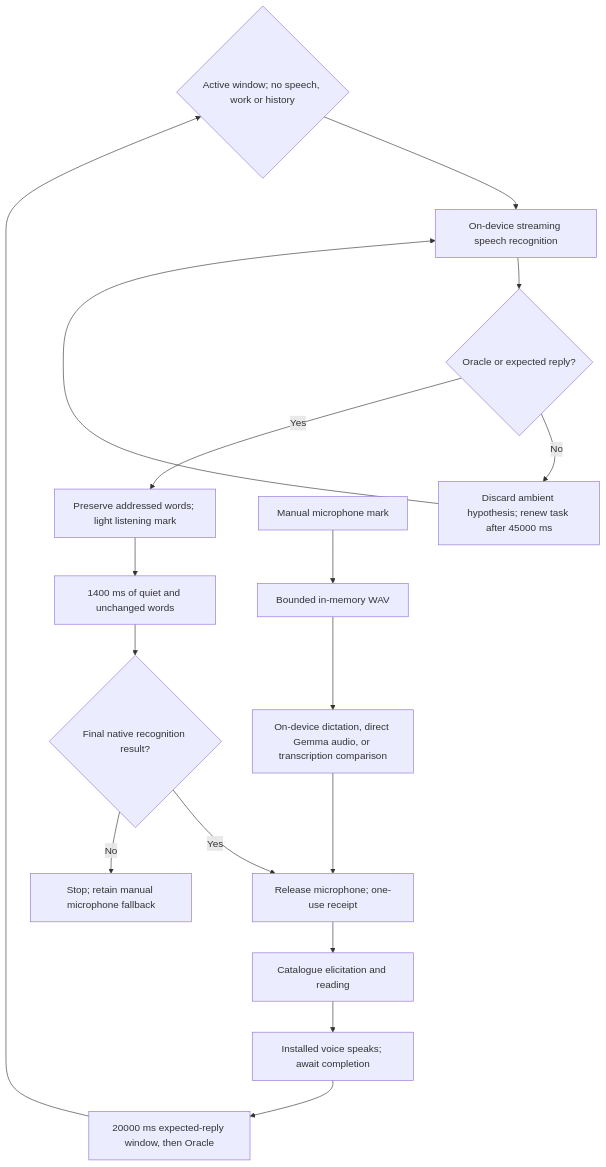
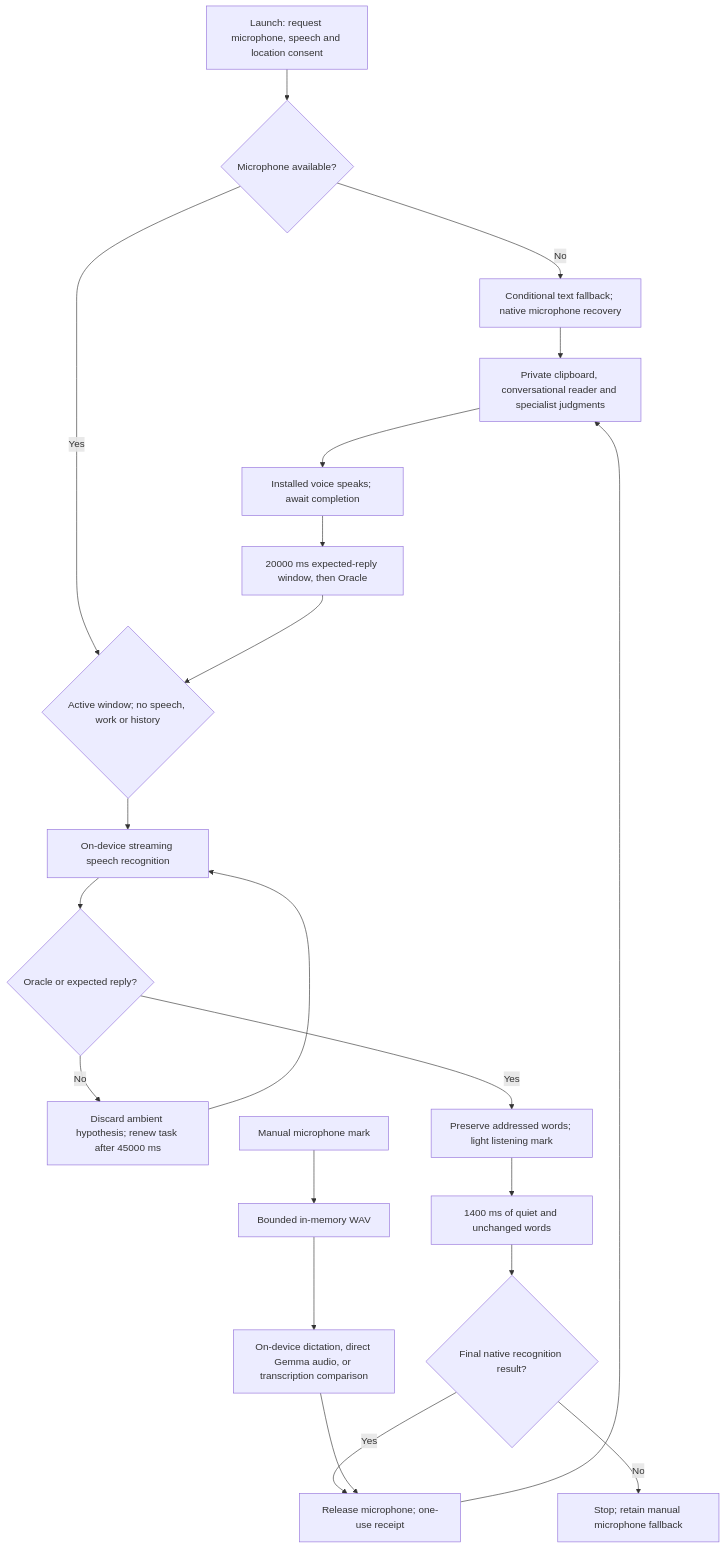
The second of 5 diagrams in docs/LLM_PROCESS.md (delysis/horary-web), drawn with Mermaid before and after one commit. The commit also changed other lines of this file and 32 other files, not shown here.

Commit message:
Let the reader converse with a native fact record and upfront permissions

````diff
--- a/docs/LLM_PROCESS.md
+++ b/docs/LLM_PROCESS.md
@@ -51,19 +51,23 @@
 ```mermaid
 flowchart TB
-  focus{"Active window; no speech, work or history"} --> wake["On-device streaming speech recognition"]
+  launch["Launch: request microphone, speech and location consent"] --> access{"Microphone available?"}
+  access -->|No| writing["Conditional text fallback; native microphone recovery"]
+  writing --> reading
+  access -->|Yes| focus{"Active window; no speech, work or history"}
+  focus --> wake["On-device streaming speech recognition"]
   wake --> addressed{"Oracle or expected reply?"}
   addressed -->|No| discard["Discard ambient hypothesis; renew task after 45000 ms"]
   discard --> wake
   addressed -->|Yes| words["Preserve addressed words; light listening mark"]
   words --> pause["1400 ms of quiet and unchanged words"]
   pause --> final{"Final native recognition result?"}
   final -->|Yes| receipt["Release microphone; one-use receipt"]
   final -->|No| fallback["Stop; retain manual microphone fallback"]
-  receipt --> reading["Catalogue elicitation and reading"]
+  receipt --> reading["Private clipboard, conversational reader and specialist judgments"]
   reading --> reply["Installed voice speaks; await completion"]
   reply --> expected["20000 ms expected-reply window, then Oracle"]
   expected --> focus
   orb["Manual microphone mark"] --> wav["Bounded in-memory WAV"]
   wav --> route["On-device dictation, direct Gemma audio, or transcription comparison"]
   route --> receipt
 ```
````
